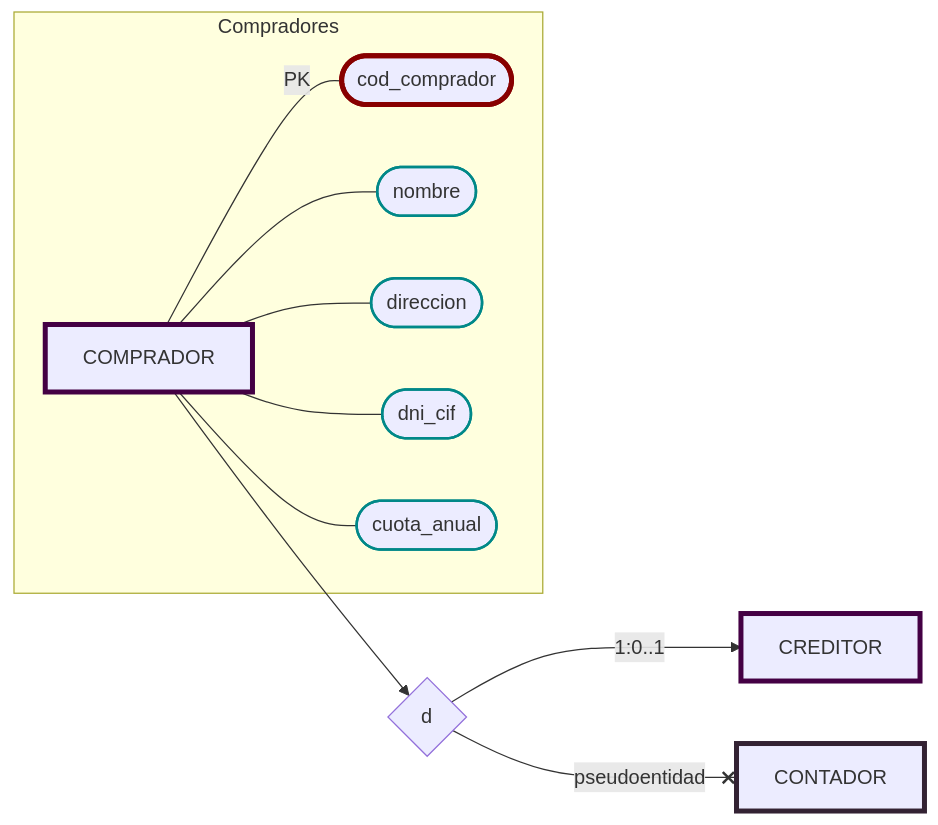
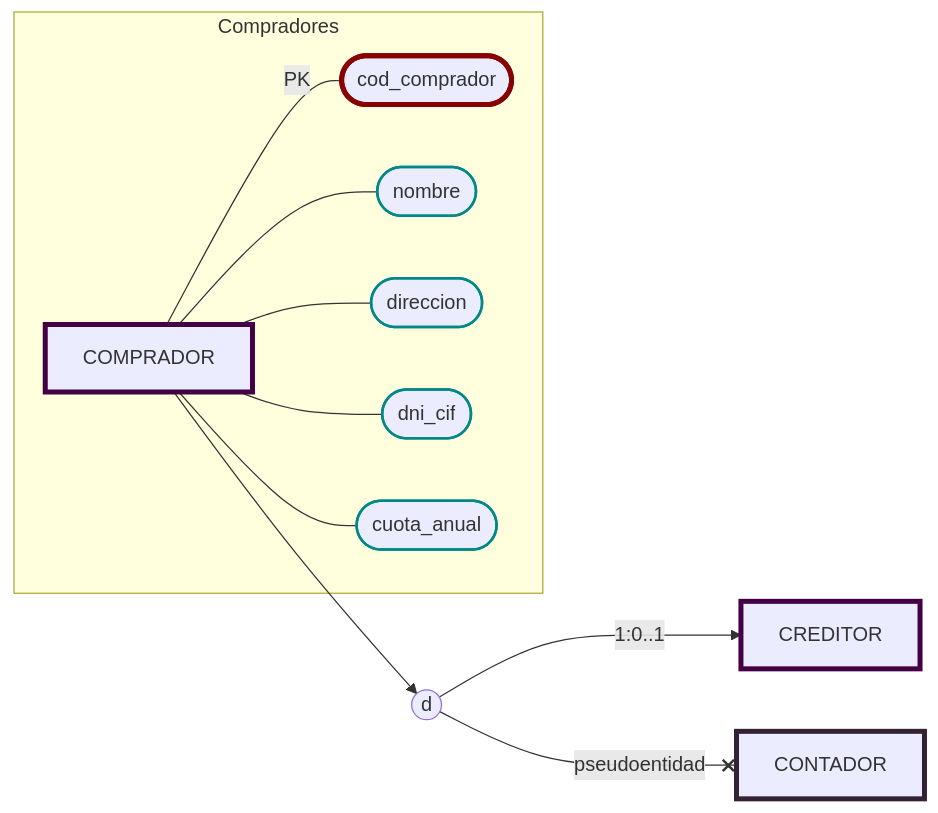
One commit to JulTob/BasesDeDatos changed the first of 2 diagrams in Practica/P1/Schema/Compradores.md. Above: the diagram before and after it, drawn with Mermaid.

````diff
--- a/Practica/P1/Schema/Compradores.md
+++ b/Practica/P1/Schema/Compradores.md
@@ -12,24 +12,24 @@
 ```mermaid
 flowchart LR
   classDef atributo stroke:#088,stroke-width:2px;
   classDef derivado stroke-width:3px, stroke-dasharray:3 3;
   classDef pk stroke:#800,stroke-width:4px;
   classDef fk stroke:#080,stroke-width:4px;
   classDef pkfk stroke:#880,stroke-width:4px;
   classDef entidad stroke:#404,stroke-width:4px;
   classDef pseudoentidad stroke:#323,stroke-width:4px;
 
   %% Atributos COMPRADOR
   subgraph Compradores
     Comprador[COMPRADOR]:::entidad
     Comprador ---|PK| cod_comprador([cod_comprador]):::pk
     Comprador --- nombre([nombre]):::atributo 
     Comprador --- direccion([direccion]):::atributo 
     Comprador --- dni_cif([dni_cif]):::atributo 
     Comprador --- cuota_anual([cuota_anual]):::atributo 
     end
 
-  Comprador --> es{d} -->|1:0..1| Creditor[CREDITOR]:::entidad
-				es{d} --x|pseudoentidad| contador[CONTADOR]:::pseudoentidad
+  Comprador --> es((d)) -->|1:0..1| Creditor[CREDITOR]:::entidad
+				es((d)) --x|pseudoentidad| contador[CONTADOR]:::pseudoentidad
 
 ```
````
